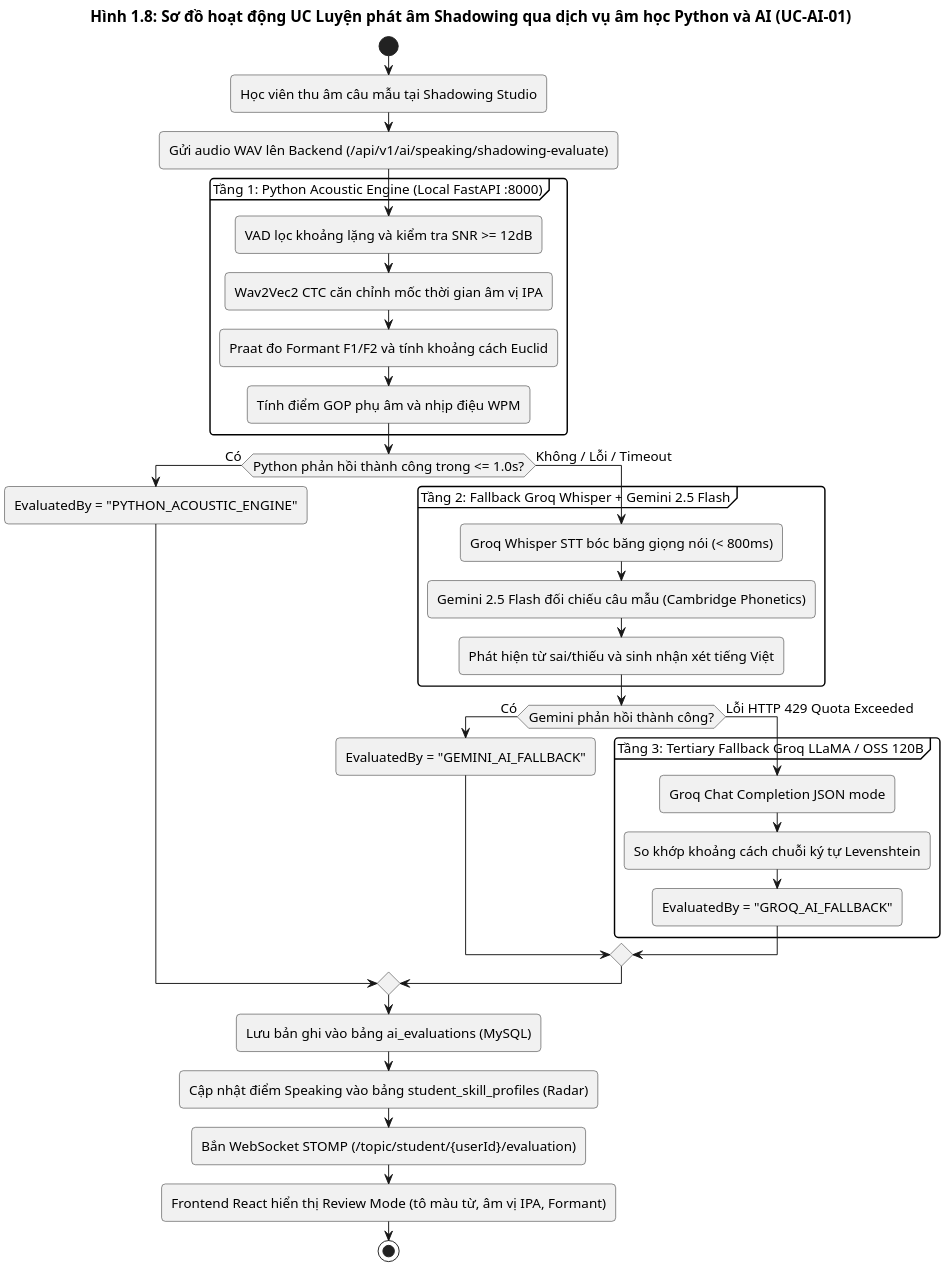
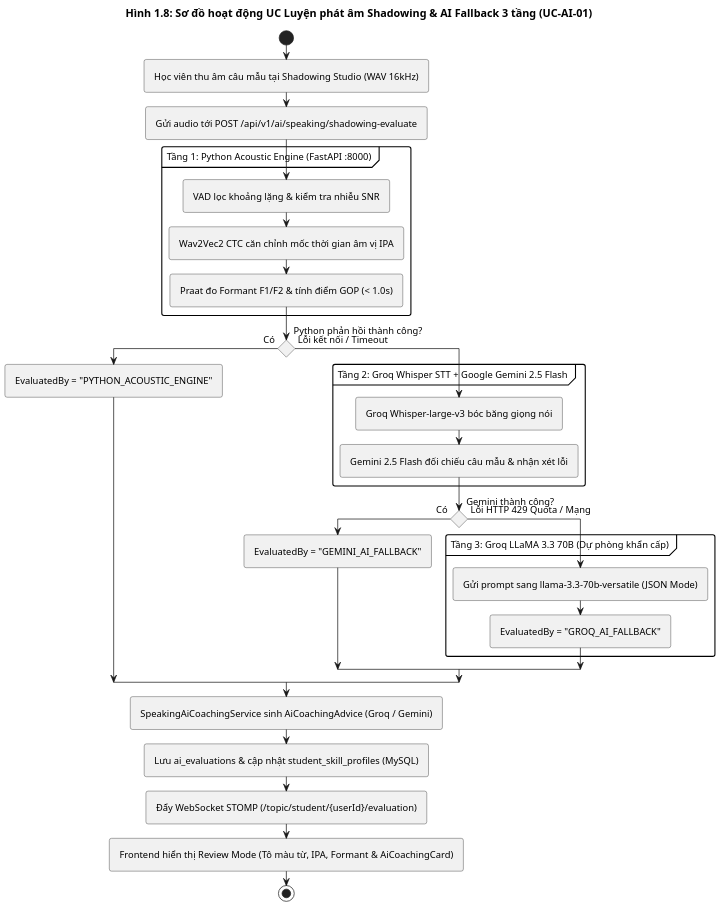
Before and after one commit to TrungPham1126/englishlearning: the diagram in plantuml_diagrams/Hinh_1_8_So_do_hoat_dong_UC_AI_01_Luyen_phat_am_Shadowing_Fallback_3_tang.puml, drawn with PlantUML. The commit also changed 126 other files, not shown here.

First line of the commit message:
feat: cải thiện luyện nói, chấm điểm Speaking và trải nghiệm làm bài

```diff
--- a/plantuml_diagrams/Hinh_1_8_So_do_hoat_dong_UC_AI_01_Luyen_phat_am_Shadowing_Fallback_3_tang.puml
+++ b/plantuml_diagrams/Hinh_1_8_So_do_hoat_dong_UC_AI_01_Luyen_phat_am_Shadowing_Fallback_3_tang.puml
@@ -1,46 +1,48 @@
 @startuml Hinh_1_8_So_do_hoat_dong_UC_AI_01_Luyen_phat_am_Shadowing_Fallback_3_tang
-title Hình 1.8: Sơ đồ hoạt động UC Luyện phát âm Shadowing qua dịch vụ âm học Python và AI (UC-AI-01)
-skinparam dpi 200
+skinparam ConditionStyle diamond
+title Hình 1.8: Sơ đồ hoạt động UC Luyện phát âm Shadowing & AI Fallback 3 tầng (UC-AI-01)
+skinparam dpi 150
 skinparam monochrome true
 skinparam shadowing false
+skinparam backgroundColor #FFFFFF
 skinparam defaultFontName Arial
-skinparam defaultFontSize 14
-skinparam titleFontSize 16
-skinparam roundcorner 8
+skinparam defaultFontSize 13
+skinparam titleFontSize 15
+skinparam titleFontStyle bold
+skinparam roundcorner 6
+skinparam padding 4
+skinparam ConditionEndStyle hline
 
 start
-:Học viên thu âm câu mẫu tại Shadowing Studio;
-:Gửi audio WAV lên Backend (/api/v1/ai/speaking/shadowing-evaluate);
+:Học viên thu âm câu mẫu tại Shadowing Studio (WAV 16kHz);
+:Gửi audio tới POST /api/v1/ai/speaking/shadowing-evaluate;
 
-partition "Tầng 1: Python Acoustic Engine (Local FastAPI :8000)" {
-    :VAD lọc khoảng lặng và kiểm tra SNR >= 12dB;
+partition "Tầng 1: Python Acoustic Engine (FastAPI :8000)" {
+    :VAD lọc khoảng lặng & kiểm tra nhiễu SNR;
     :Wav2Vec2 CTC căn chỉnh mốc thời gian âm vị IPA;
-    :Praat đo Formant F1/F2 và tính khoảng cách Euclid;
-    :Tính điểm GOP phụ âm và nhịp điệu WPM;
+    :Praat đo Formant F1/F2 & tính điểm GOP (< 1.0s);
 }
 
-if (Python phản hồi thành công trong <= 1.0s?) then (Có)
+if (Python phản hồi thành công?) then (Có)
     :EvaluatedBy = "PYTHON_ACOUSTIC_ENGINE";
-else (Không / Lỗi / Timeout)
-    partition "Tầng 2: Fallback Groq Whisper + Gemini 2.5 Flash" {
-        :Groq Whisper STT bóc băng giọng nói (< 800ms);
-        :Gemini 2.5 Flash đối chiếu câu mẫu (Cambridge Phonetics);
-        :Phát hiện từ sai/thiếu và sinh nhận xét tiếng Việt;
+else (Lỗi kết nối / Timeout)
+    partition "Tầng 2: Groq Whisper STT + Google Gemini 2.5 Flash" {
+        :Groq Whisper-large-v3 bóc băng giọng nói;
+        :Gemini 2.5 Flash đối chiếu câu mẫu & nhận xét lỗi;
     }
-    if (Gemini phản hồi thành công?) then (Có)
+    if (Gemini thành công?) then (Có)
         :EvaluatedBy = "GEMINI_AI_FALLBACK";
-    else (Lỗi HTTP 429 Quota Exceeded)
-        partition "Tầng 3: Tertiary Fallback Groq LLaMA / OSS 120B" {
-            :Groq Chat Completion JSON mode;
-            :So khớp khoảng cách chuỗi ký tự Levenshtein;
+    else (Lỗi HTTP 429 Quota / Mạng)
+        partition "Tầng 3: Groq LLaMA 3.3 70B (Dự phòng khẩn cấp)" {
+            :Gửi prompt sang llama-3.3-70b-versatile (JSON Mode);
             :EvaluatedBy = "GROQ_AI_FALLBACK";
         }
     endif
 endif
 
-:Lưu bản ghi vào bảng ai_evaluations (MySQL);
-:Cập nhật điểm Speaking vào bảng student_skill_profiles (Radar);
-:Bắn WebSocket STOMP (/topic/student/{userId}/evaluation);
-:Frontend React hiển thị Review Mode (tô màu từ, âm vị IPA, Formant);
+:SpeakingAiCoachingService sinh AiCoachingAdvice (Groq / Gemini);
+:Lưu ai_evaluations & cập nhật student_skill_profiles (MySQL);
+:Đẩy WebSocket STOMP (/topic/student/{userId}/evaluation);
+:Frontend hiển thị Review Mode (Tô màu từ, IPA, Formant & AiCoachingCard);
 stop
 @enduml
```
